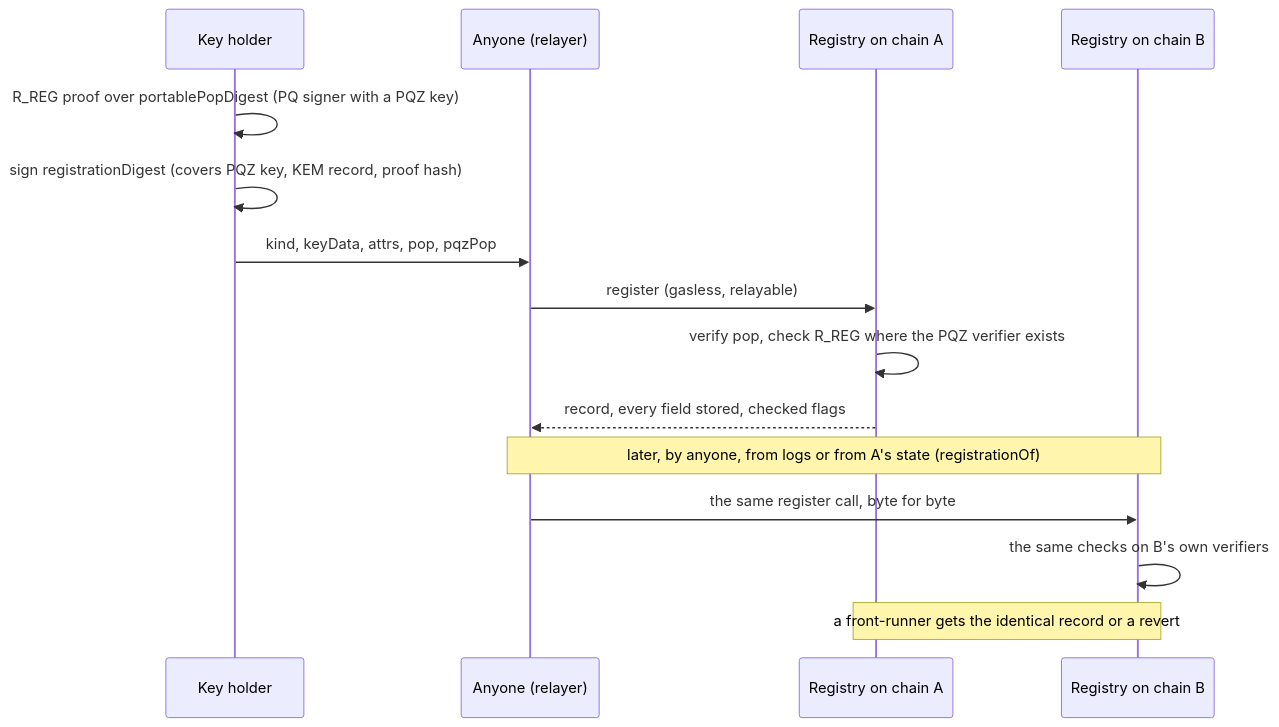
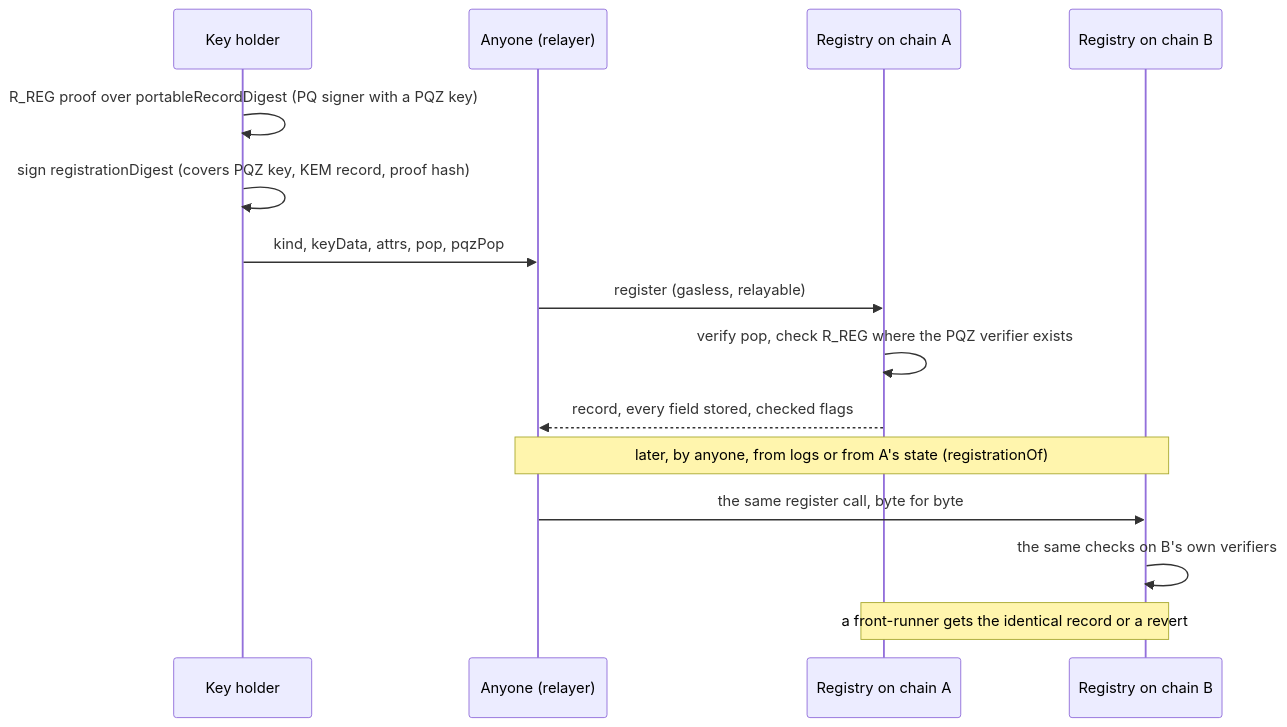
Before and after one commit to dinhduongha/scaas: the third of 4 diagrams in docs/contracts/accounts.md, drawn with Mermaid. The commit also changed other lines of this file and 17 other files, not shown here.

````diff
--- a/docs/contracts/accounts.md
+++ b/docs/contracts/accounts.md
@@ -224,17 +249,17 @@
 ```mermaid
 sequenceDiagram
     participant K as Key holder
     participant R as Anyone (relayer)
     participant A as Registry on chain A
     participant B as Registry on chain B
-    K->>K: R_REG proof over portablePopDigest (PQ signer with a PQZ key)
+    K->>K: R_REG proof over portableRecordDigest (PQ signer with a PQZ key)
     K->>K: sign registrationDigest (covers PQZ key, KEM record, proof hash)
     K->>R: kind, keyData, attrs, pop, pqzPop
     R->>A: register (gasless, relayable)
     A->>A: verify pop, check R_REG where the PQZ verifier exists
     A-->>R: record, every field stored, checked flags
     Note over R,B: later, by anyone, from logs or from A's state (registrationOf)
     R->>B: the same register call, byte for byte
     B->>B: the same checks on B's own verifiers
     Note over A,B: a front-runner gets the identical record or a revert
 ```
````
